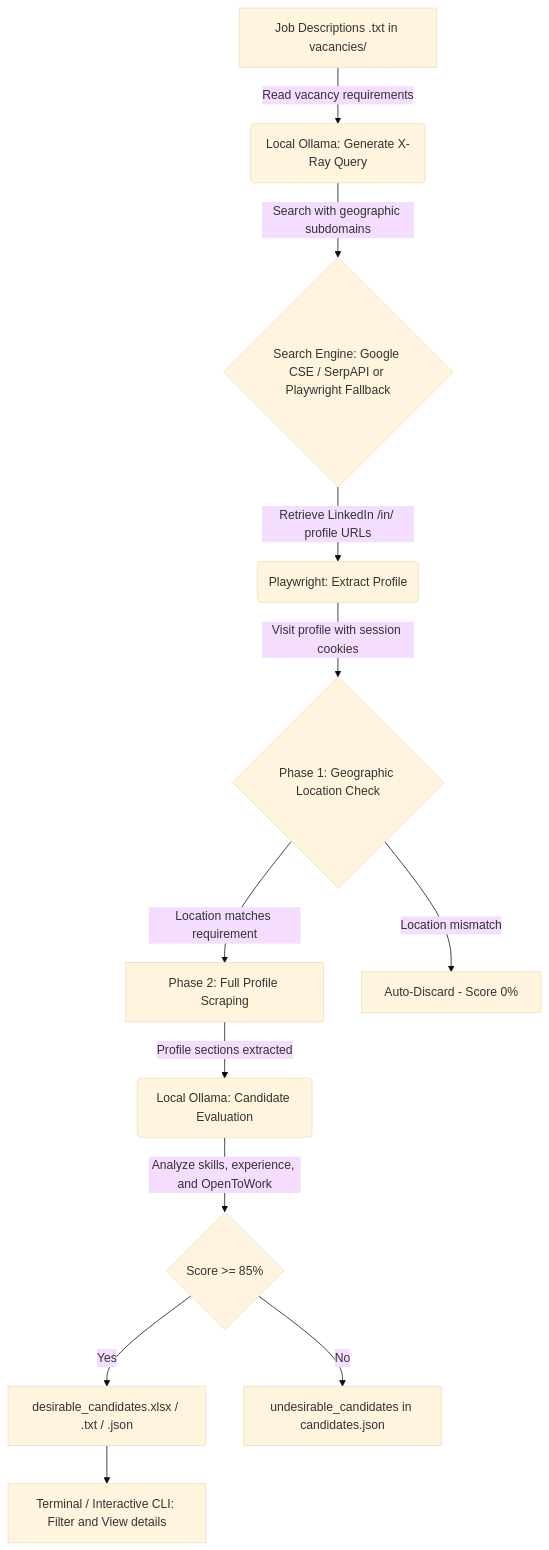
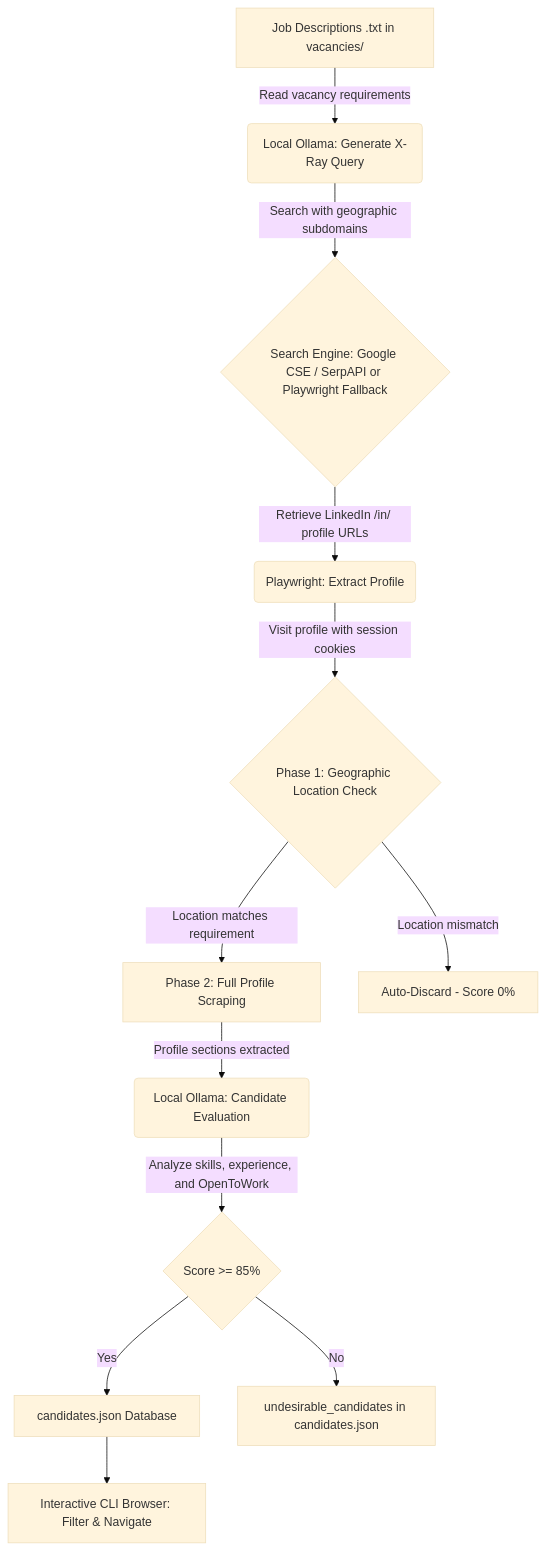
The diagram in README.md (ChristianRM/referlooker), drawn with Mermaid (base theme) before and after one commit. The commit also changed other lines of this file, not shown here.

Commit message:
Update README.md to remove references to Excel/TXT reports and focus on JSON database as source of truth

````diff
--- a/README.md
+++ b/README.md
@@ -13,14 +13,14 @@
 ```mermaid
 graph TD
     A[Job Descriptions .txt in vacancies/] -->|Read vacancy requirements| B(Local Ollama: Generate X-Ray Query)
     B -->|Search with geographic subdomains| C{Search Engine: Google CSE / SerpAPI or Playwright Fallback}
     C -->|Retrieve LinkedIn /in/ profile URLs| D(Playwright: Extract Profile)
     D -->|Visit profile with session cookies| E{Phase 1: Geographic Location Check}
     E -->|Location matches requirement| F[Phase 2: Full Profile Scraping]
     E -->|Location mismatch| G[Auto-Discard - Score 0%]
     F -->|Profile sections extracted| H(Local Ollama: Candidate Evaluation)
     H -->|Analyze skills, experience, and OpenToWork| I{Score >= 85%}
-    I -->|Yes| J[desirable_candidates.xlsx / .txt / .json]
+    I -->|Yes| J[candidates.json Database]
     I -->|No| K[undesirable_candidates in candidates.json]
-    J --> L[Terminal / Interactive CLI: Filter and View details]
+    J --> L[Interactive CLI Browser: Filter & Navigate]
 ```
````
